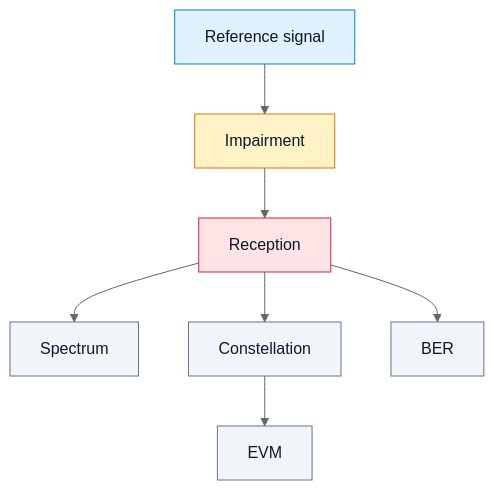
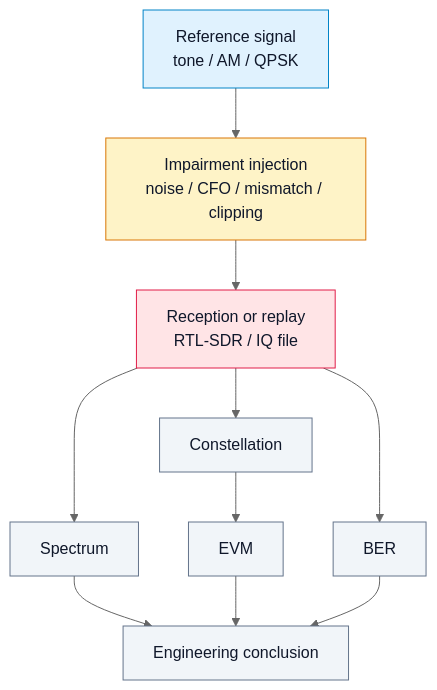
The diagram in blocks/block_01_intro_sdr/16_lab5_impairments_en.md (Lay007/zynq-sdr-course), drawn with Mermaid (neutral theme) before and after one commit. The commit also changed other lines of this file and 35 other files, not shown here.

````diff
--- a/blocks/block_01_intro_sdr/16_lab5_impairments_en.md
+++ b/blocks/block_01_intro_sdr/16_lab5_impairments_en.md
@@ -21,19 +25,20 @@
 ```mermaid
 flowchart TB
-    classDef model fill:#E0F2FE,color:#0F172A,stroke:#0284C7;
-    classDef impairment fill:#FEF3C7,color:#0F172A,stroke:#D97706;
-    classDef rf fill:#FFE4E6,color:#0F172A,stroke:#E11D48;
-    classDef metric fill:#F1F5F9,color:#0F172A,stroke:#64748B;
+    classDef model fill:#E0F2FE,color:#0F172A,stroke:#0284C7,stroke-width:1px;
+    classDef impairment fill:#FEF3C7,color:#0F172A,stroke:#D97706,stroke-width:1px;
+    classDef rf fill:#FFE4E6,color:#0F172A,stroke:#E11D48,stroke-width:1px;
+    classDef metric fill:#F1F5F9,color:#0F172A,stroke:#64748B,stroke-width:1px;
 
-    REF["Reference signal"]:::model
-    IMP["Impairment"]:::impairment
-    RX["Reception"]:::rf
+    REF["Reference signal<br/>tone / AM / QPSK"]:::model
+    IMP["Impairment injection<br/>noise / CFO / mismatch / clipping"]:::impairment
+    RX["Reception or replay<br/>RTL-SDR / IQ file"]:::rf
     SPEC["Spectrum"]:::metric
     CONST["Constellation"]:::metric
     EVM["EVM"]:::metric
     BER["BER"]:::metric
+    REPORT["Engineering conclusion"]:::metric
 
-    REF --> IMP --> RX --> SPEC
-    RX --> CONST --> EVM
-    RX --> BER
+    REF --> IMP --> RX --> SPEC --> REPORT
+    RX --> CONST --> EVM --> REPORT
+    RX --> BER --> REPORT
 ```
````
